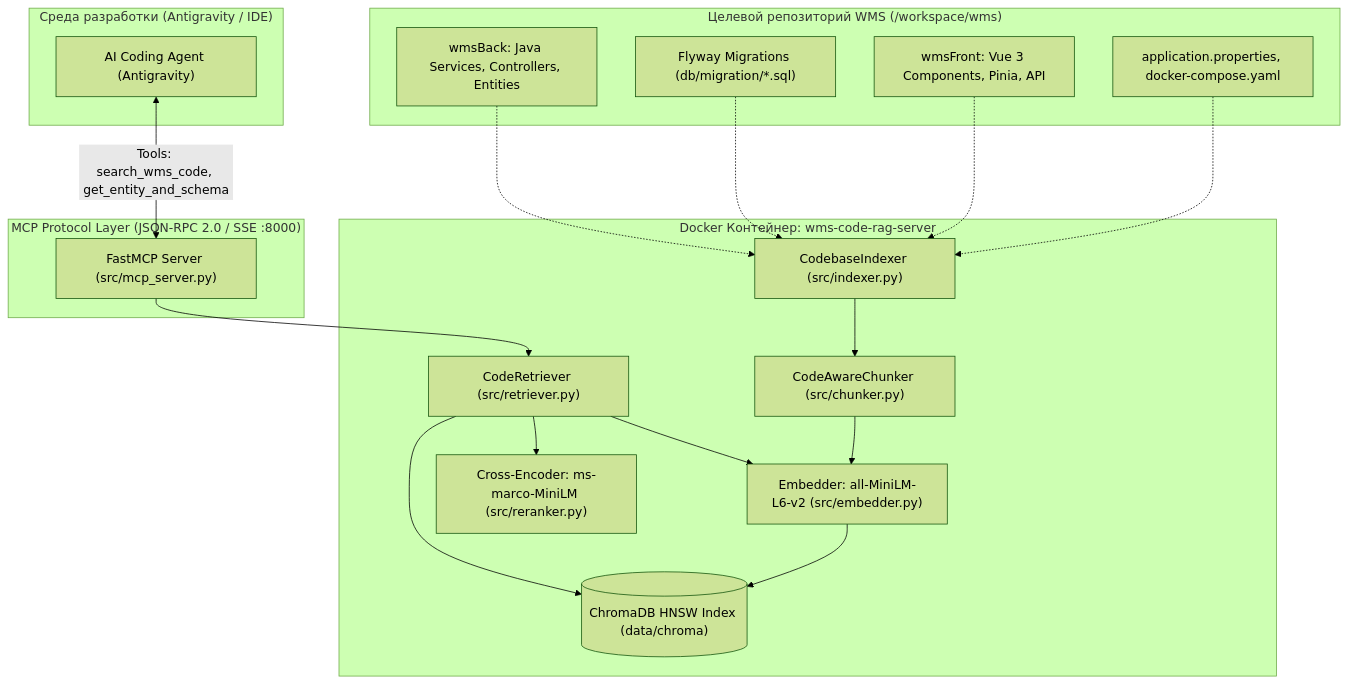
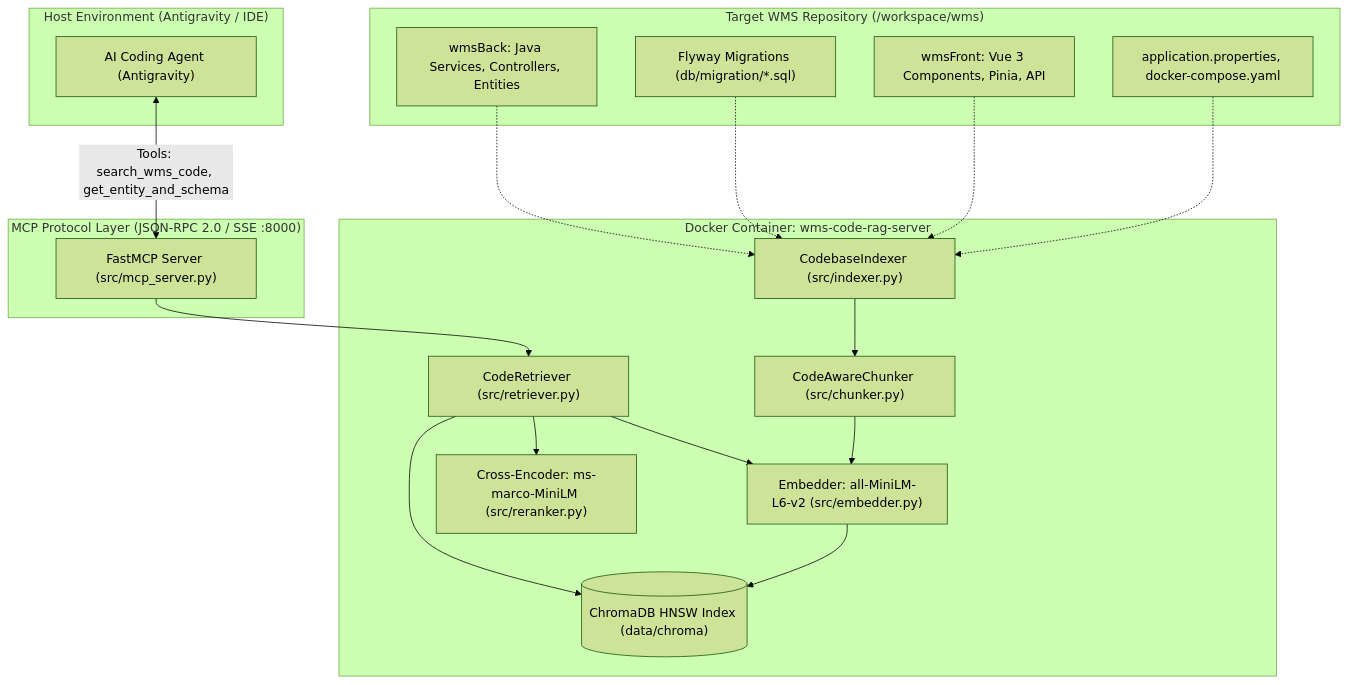
Before and after one commit to MarcencoDasuka/wms-rag-system: the diagram in wms-code-rag/README.md, drawn with Mermaid (forest theme). The commit also changed other lines of this file and 3 other files, not shown here.

````diff
--- a/wms-code-rag/README.md
+++ b/wms-code-rag/README.md
@@ -9,33 +9,33 @@
 ```mermaid
 flowchart TD
-    subgraph Host["Среда разработки (Antigravity / IDE)"]
+    subgraph Host["Host Environment (Antigravity / IDE)"]
         Agent["AI Coding Agent (Antigravity)"]
     end
 
     subgraph MCPBoundary["MCP Protocol Layer (JSON-RPC 2.0 / SSE :8000)"]
         Agent <-->|Tools: search_wms_code, get_entity_and_schema| MCPServer["FastMCP Server (src/mcp_server.py)"]
     end
 
-    subgraph DockerContainer["Docker Контейнер: wms-code-rag-server"]
+    subgraph DockerContainer["Docker Container: wms-code-rag-server"]
         MCPServer --> Retriever["CodeRetriever (src/retriever.py)"]
         Retriever --> Embedder["Embedder: all-MiniLM-L6-v2 (src/embedder.py)"]
         Retriever --> VectorDB[("ChromaDB HNSW Index (data/chroma)")]
         Retriever --> Reranker["Cross-Encoder: ms-marco-MiniLM (src/reranker.py)"]
         
         Indexer["CodebaseIndexer (src/indexer.py)"] --> Chunker["CodeAwareChunker (src/chunker.py)"]
         Chunker --> Embedder
         Embedder --> VectorDB
     end
 
-    subgraph Codebase["Целевой репозиторий WMS (/workspace/wms)"]
+    subgraph Codebase["Target WMS Repository (/workspace/wms)"]
         Java["wmsBack: Java Services, Controllers, Entities"]
         SQL["Flyway Migrations (db/migration/*.sql)"]
         Vue["wmsFront: Vue 3 Components, Pinia, API"]
         Config["application.properties, docker-compose.yaml"]
         
         Java -.-> Indexer
         SQL -.-> Indexer
         Vue -.-> Indexer
         Config -.-> Indexer
     end
 ```
````
